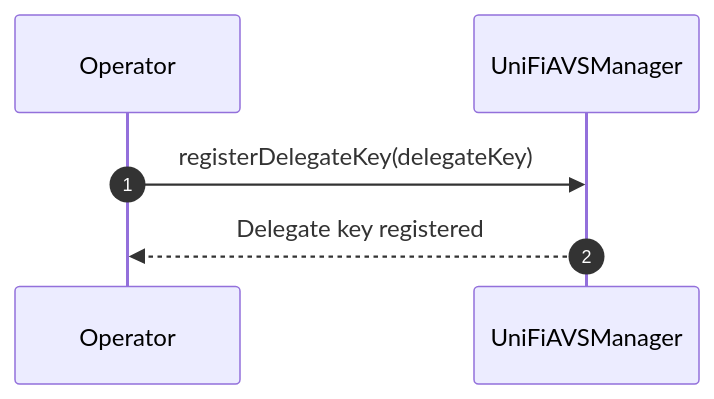
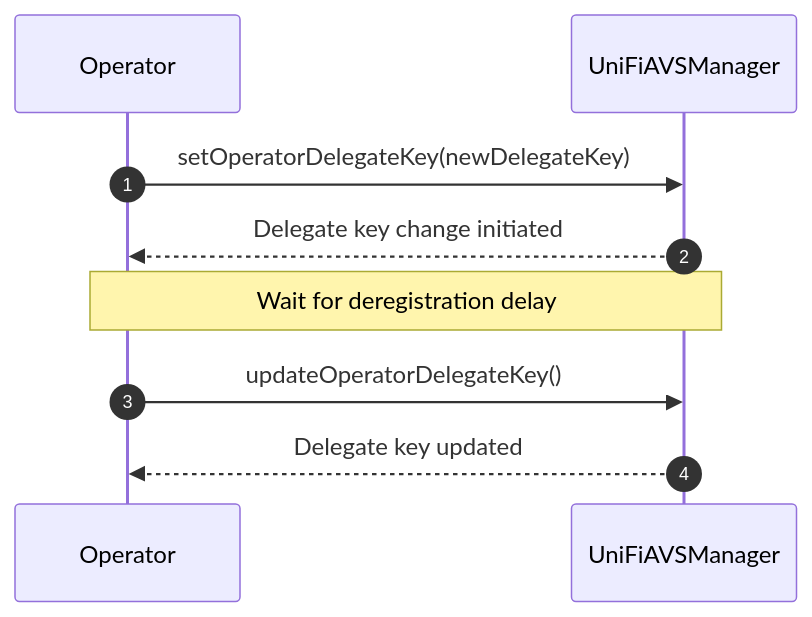
Before and after one commit to PufferFinance/UniFi: the second of 3 diagrams in l1-contracts/docs/registration.md, drawn with Mermaid. The commit also changed other lines of this file, not shown here.

Commit message:
feat: update delegate key registration process

````diff
--- a/l1-contracts/docs/registration.md
+++ b/l1-contracts/docs/registration.md
@@ -44,9 +44,12 @@
 ```mermaid
 sequenceDiagram
     autonumber
     participant Operator
     participant UniFiAVSManager
 
-    Operator->>UniFiAVSManager: registerDelegateKey(delegateKey)
-    UniFiAVSManager-->>Operator: Delegate key registered
+    Operator->>UniFiAVSManager: setOperatorDelegateKey(newDelegateKey)
+    UniFiAVSManager-->>Operator: Delegate key change initiated
+    Note over Operator,UniFiAVSManager: Wait for deregistration delay
+    Operator->>UniFiAVSManager: updateOperatorDelegateKey()
+    UniFiAVSManager-->>Operator: Delegate key updated
 ```
````
